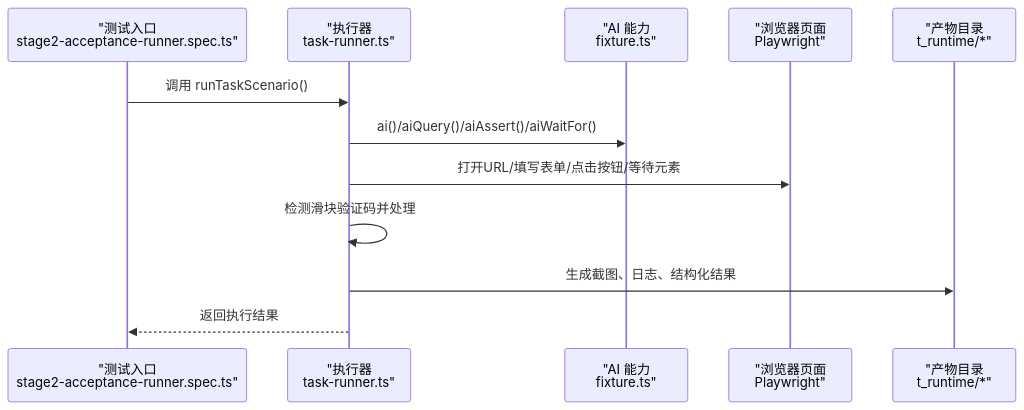
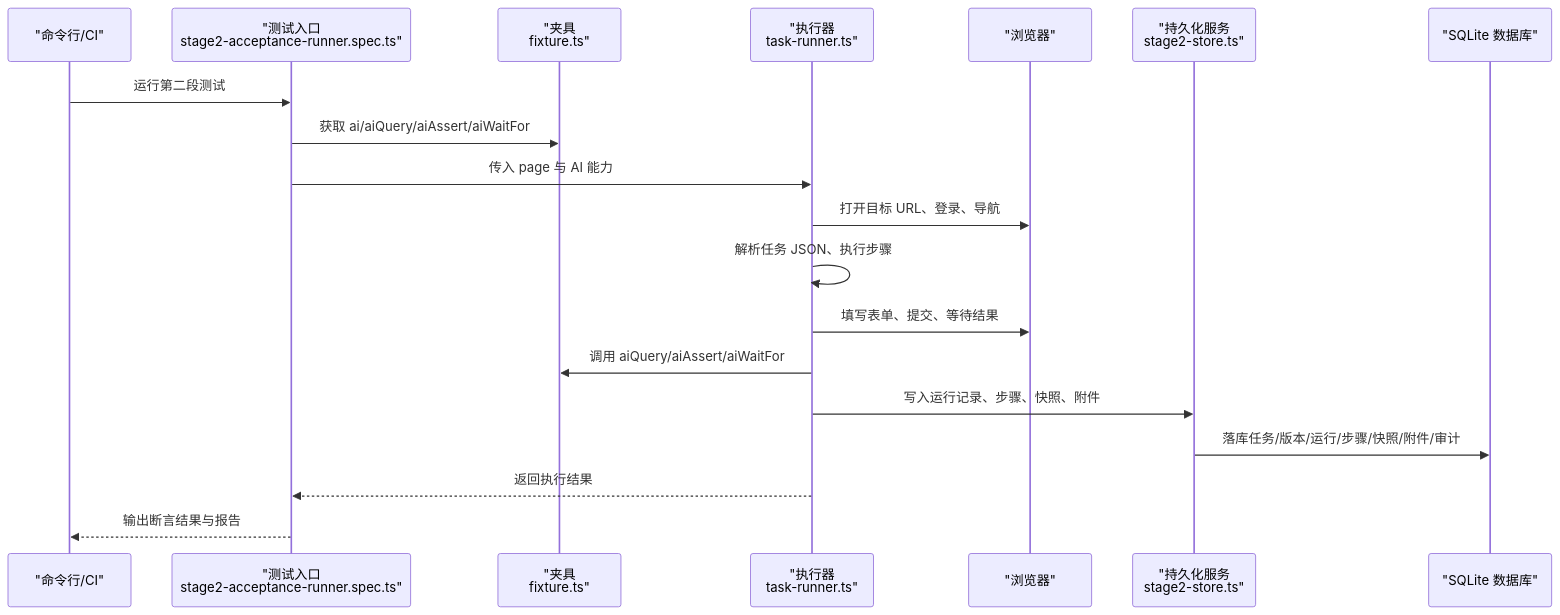
One commit to Jiane-EJ/playwright-mind changed the second of 6 diagrams in .qoder/repowiki/zh/content/项目概述.md. Above: the diagram before and after it, drawn with Mermaid. The commit also changed other lines of this file and 121 other files, not shown here.

````diff
--- a/.qoder/repowiki/zh/content/项目概述.md
+++ b/.qoder/repowiki/zh/content/项目概述.md
@@ -217,14 +134,21 @@
 ```mermaid
 sequenceDiagram
-participant Test as "测试入口<br/>stage2-acceptance-runner.spec.ts"
+participant CLI as "命令行/CI"
+participant Spec as "测试入口<br/>stage2-acceptance-runner.spec.ts"
+participant Fix as "夹具<br/>fixture.ts"
 participant Runner as "执行器<br/>task-runner.ts"
-participant AI as "AI 能力<br/>fixture.ts"
-participant Page as "浏览器页面<br/>Playwright"
-participant Report as "产物目录<br/>t_runtime/*"
-Test->>Runner : 调用 runTaskScenario()
-Runner->>AI : ai()/aiQuery()/aiAssert()/aiWaitFor()
-Runner->>Page : 打开URL/填写表单/点击按钮/等待元素
-Runner->>Runner : 检测滑块验证码并处理
-Runner->>Report : 生成截图、日志、结构化结果
-Runner-->>Test : 返回执行结果
+participant Browser as "浏览器"
+participant Store as "持久化服务<br/>stage2-store.ts"
+participant DB as "SQLite 数据库"
+CLI->>Spec : 运行第二段测试
+Spec->>Fix : 获取 ai/aiQuery/aiAssert/aiWaitFor
+Spec->>Runner : 传入 page 与 AI 能力
+Runner->>Browser : 打开目标 URL、登录、导航
+Runner->>Runner : 解析任务 JSON、执行步骤
+Runner->>Browser : 填写表单、提交、等待结果
+Runner->>Fix : 调用 aiQuery/aiAssert/aiWaitFor
+Runner->>Store : 写入运行记录、步骤、快照、附件
+Store->>DB : 落库任务/版本/运行/步骤/快照/附件/审计
+Runner-->>Spec : 返回执行结果
+Spec-->>CLI : 输出断言结果与报告
 ```
````
